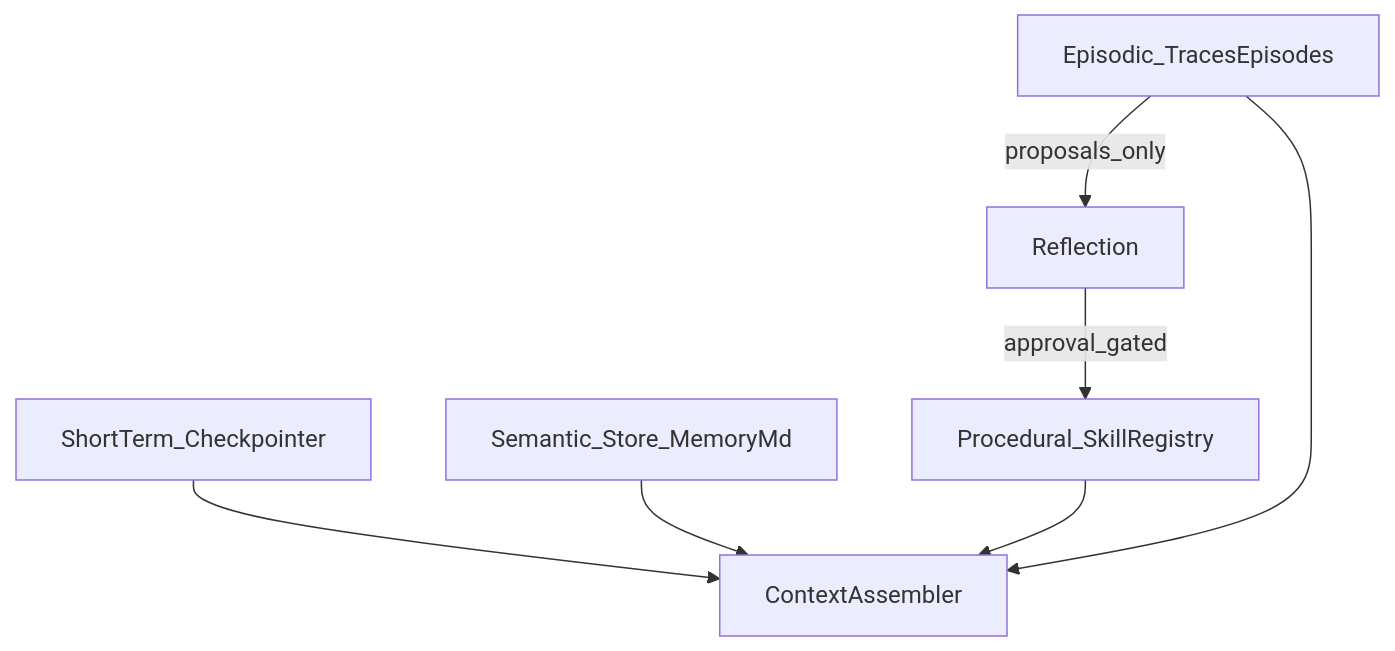
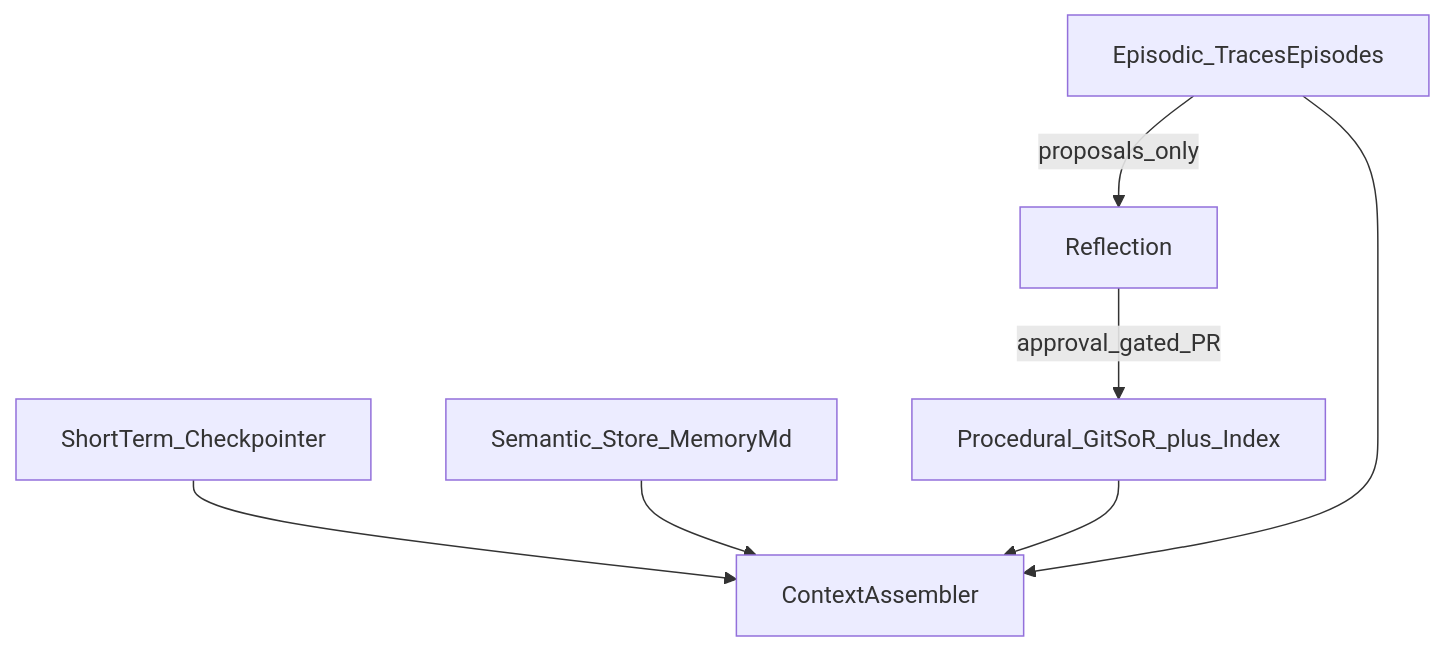
The diagram in SKILLS/backend/assets/diagrams/03-memory-domains.mmd (shivank22/ICE), drawn with Mermaid before and after one commit. The commit also changed 48 other files, not shown here.

```diff
--- a/SKILLS/backend/assets/diagrams/03-memory-domains.mmd
+++ b/SKILLS/backend/assets/diagrams/03-memory-domains.mmd
@@ -1,13 +1,13 @@
 %% Four memory domains — LangGraph bindings + platform layers
 flowchart TB
   STM[ShortTerm_Checkpointer]
   Sem[Semantic_Store_MemoryMd]
-  Proc[Procedural_SkillRegistry]
+  Proc[Procedural_GitSoR_plus_Index]
   Epi[Episodic_TracesEpisodes]
   Ctx[ContextAssembler]
   STM --> Ctx
   Sem --> Ctx
   Proc --> Ctx
   Epi --> Ctx
   Epi -->|proposals_only| Reflect[Reflection]
-  Reflect -->|approval_gated| Proc
+  Reflect -->|approval_gated_PR| Proc
```
